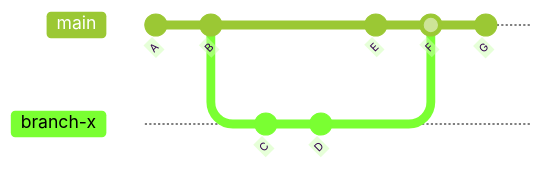
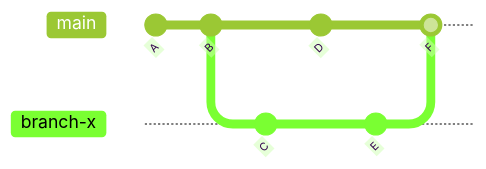
Before and after one commit to ekulno/presentations: the third of 4 diagrams in git/slides.md, drawn with Mermaid (forest theme). The commit also changed other lines of this file, not shown here.

````diff
--- a/git/slides.md
+++ b/git/slides.md
@@ -90,13 +98,14 @@
 ```mermaid +render
 gitGraph
    commit id: "A"
    commit id: "B"
    branch branch-x
    checkout branch-x
    commit id: "C"
+   checkout main
    commit id: "D"
+   checkout branch-x
+   commit id: "E"
    checkout main
-   commit id: "E"
    merge branch-x id: "F"
-   commit id: "G"
 ```
````
